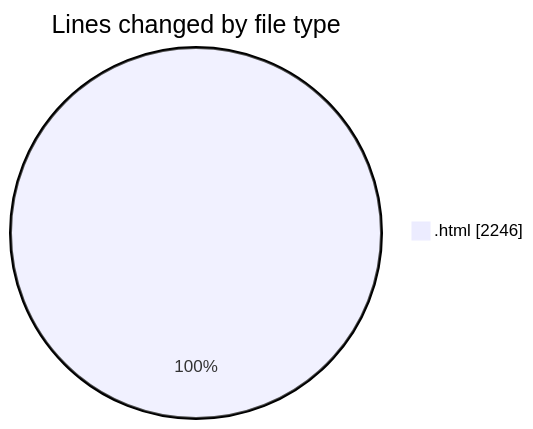
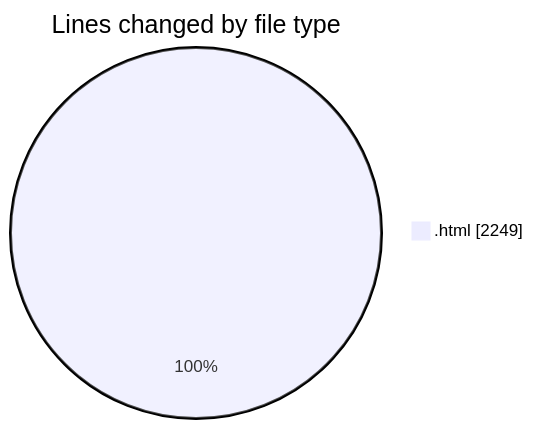
Before and after one commit to Ritupan-Deka/code-tracking: the first of 2 diagrams in 2025-06-17/projects/README.md, drawn with Mermaid. The commit also changed other lines of this file and 1 other file, not shown here.

````diff
--- a/2025-06-17/projects/README.md
+++ b/2025-06-17/projects/README.md
@@ -21,5 +21,5 @@
 ```mermaid
 pie showData
 title Lines changed by file type
-".html" : 2246
+".html" : 2249
 ```
````
